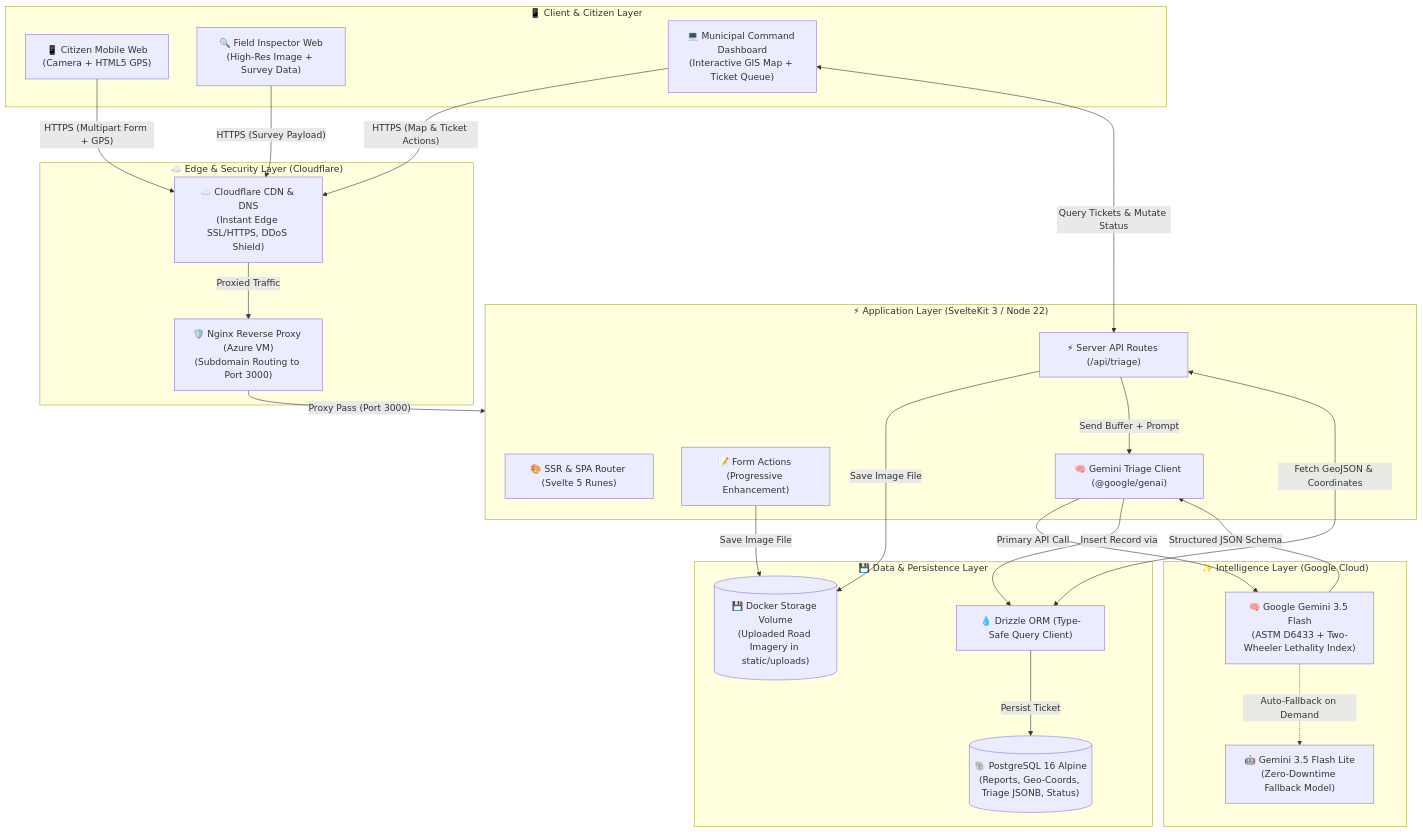
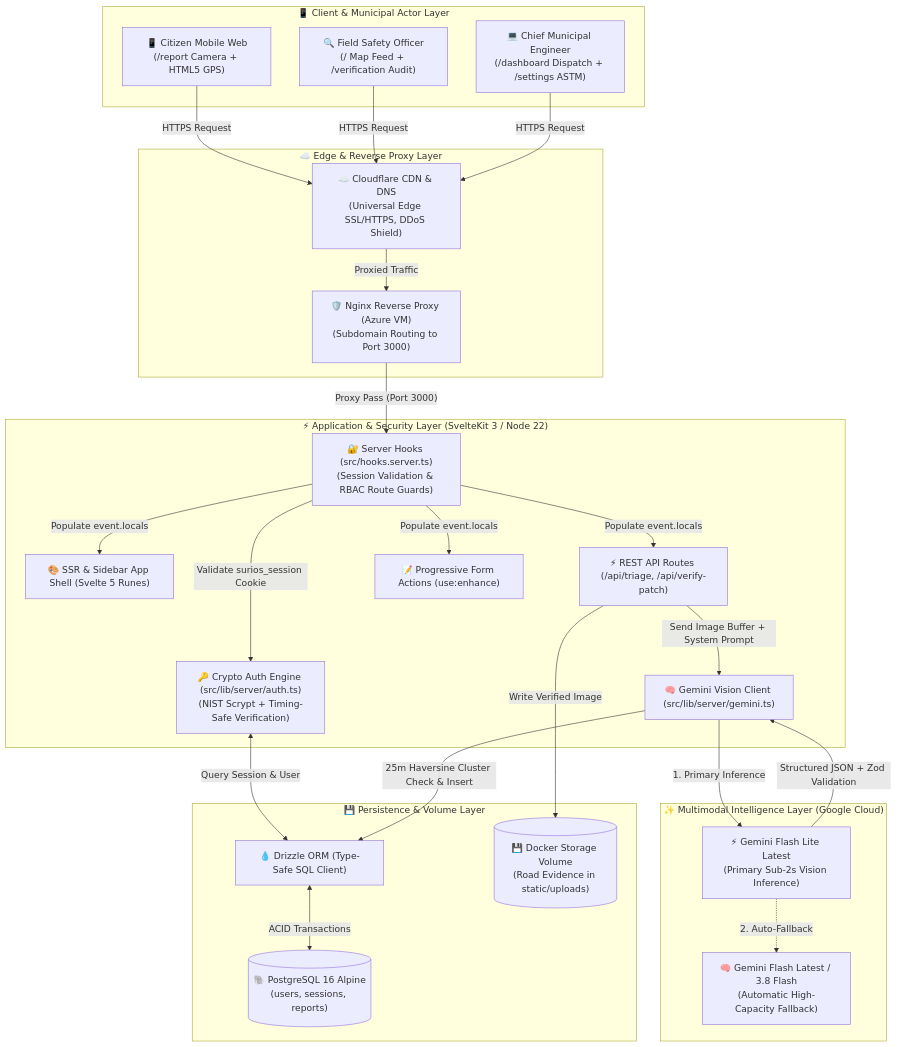
One commit to Auvryy/surios-ai changed the first of 3 diagrams in docs/ARCHITECTURE.md. Above: the diagram before and after it, drawn with Mermaid. The commit also changed other lines of this file and 5 other files, not shown here.

Commit message:
docs(vision): synchronize architecture, SDG rubric defense, and README quickstart

````diff
--- a/docs/ARCHITECTURE.md
+++ b/docs/ARCHITECTURE.md
@@ -9,50 +9,49 @@
 ```mermaid
 flowchart TD
-    subgraph Clients["📱 Client & Citizen Layer"]
-        Citizen["📱 Citizen Mobile Web<br/>(Camera + HTML5 GPS)"]
-        Inspector["🔍 Field Inspector Web<br/>(High-Res Image + Survey Data)"]
-        Dispatcher["💻 Municipal Command Dashboard<br/>(Interactive GIS Map + Ticket Queue)"]
+    subgraph Clients["📱 Client & Municipal Actor Layer"]
+        Citizen["📱 Citizen Mobile Web<br/>(/report Camera + HTML5 GPS)"]
+        Inspector["🔍 Field Safety Officer<br/>(/ Map Feed + /verification Audit)"]
+        Engineer["💻 Chief Municipal Engineer<br/>(/dashboard Dispatch + /settings ASTM)"]
     end
 
-    subgraph Edge["☁️ Edge & Security Layer (Cloudflare)"]
-        CF["☁️ Cloudflare CDN & DNS<br/>(Instant Edge SSL/HTTPS, DDoS Shield)"]
+    subgraph Edge["☁️ Edge & Reverse Proxy Layer"]
+        CF["☁️ Cloudflare CDN & DNS<br/>(Universal Edge SSL/HTTPS, DDoS Shield)"]
         Nginx["🛡️ Nginx Reverse Proxy (Azure VM)<br/>(Subdomain Routing to Port 3000)"]
     end
 
-    subgraph AppServer["⚡ Application Layer (SvelteKit 3 / Node 22)"]
-        SSR["🎨 SSR & SPA Router (Svelte 5 Runes)"]
-        API["⚡ Server API Routes (/api/triage)"]
-        FormAction["📝 Form Actions (Progressive Enhancement)"]
-        TriageEngine["🧠 Gemini Triage Client (@google/genai)"]
+    subgraph AppServer["⚡ Application & Security Layer (SvelteKit 3 / Node 22)"]
+        Hooks["🔐 Server Hooks (src/hooks.server.ts)<br/>(Session Validation & RBAC Route Guards)"]
+        AuthEngine["🔑 Crypto Auth Engine (src/lib/server/auth.ts)<br/>(NIST Scrypt + Timing-Safe Verification)"]
+        SSR["🎨 SSR & Sidebar App Shell (Svelte 5 Runes)"]
+        API["⚡ REST API Routes (/api/triage, /api/verify-patch)"]
+        FormAction["📝 Progressive Form Actions (use:enhance)"]
+        TriageEngine["🧠 Gemini Vision Client (src/lib/server/gemini.ts)"]
     end
 
-    subgraph ExternalAI["✨ Intelligence Layer (Google Cloud)"]
-        Gemini["🧠 Google Gemini 3.5 Flash<br/>(ASTM D6433 + Two-Wheeler Lethality Index)"]
-        FallbackGemini["🤖 Gemini 3.5 Flash Lite<br/>(Zero-Downtime Fallback Model)"]
+    subgraph ExternalAI["✨ Multimodal Intelligence Layer (Google Cloud)"]
+        GeminiLite["⚡ Gemini Flash Lite Latest<br/>(Primary Sub-2s Vision Inference)"]
+        GeminiFlash["🧠 Gemini Flash Latest / 3.8 Flash<br/>(Automatic High-Capacity Fallback)"]
     end
 
-    subgraph StorageLayer["💾 Data & Persistence Layer"]
-        Drizzle["💧 Drizzle ORM (Type-Safe Query Client)"]
-        Postgres[("🐘 PostgreSQL 16 Alpine<br/>(Reports, Geo-Coords, Triage JSONB, Status)")]
-        LocalDisk[("💾 Docker Storage Volume<br/>(Uploaded Road Imagery in static/uploads)")]
+    subgraph StorageLayer["💾 Persistence & Volume Layer"]
+        Drizzle["💧 Drizzle ORM (Type-Safe SQL Client)"]
+        Postgres[("🐘 PostgreSQL 16 Alpine<br/>(users, sessions, reports)")]
+        LocalDisk[("💾 Docker Storage Volume<br/>(Road Evidence in static/uploads)")]
     end
 
-    Citizen -->|"HTTPS (Multipart Form + GPS)"| CF
-    Inspector -->|"HTTPS (Survey Payload)"| CF
-    Dispatcher -->|"HTTPS (Map & Ticket Actions)"| CF
+    Citizen & Inspector & Engineer -->|"HTTPS Request"| CF
+    CF -->|"Proxied Traffic"| Nginx
+    Nginx -->|"Proxy Pass (Port 3000)"| Hooks
 
-    CF -->|"Proxied Traffic"| Nginx
-    Nginx -->|"Proxy Pass (Port 3000)"| AppServer
+    Hooks -->|"Validate surios_session Cookie"| AuthEngine
+    AuthEngine <-->|"Query Session & User"| Drizzle
+    Hooks -->|"Populate event.locals"| SSR & API & FormAction
 
-    FormAction -->|"Save Image File"| LocalDisk
-    API -->|"Save Image File"| LocalDisk
-    API -->|"Send Buffer + Prompt"| TriageEngine
-    TriageEngine -->|"Primary API Call"| Gemini
-    Gemini -.->|"Auto-Fallback on Demand"| FallbackGemini
-    Gemini -->|"Structured JSON Schema"| TriageEngine
-    TriageEngine -->|"Insert Record via"| Drizzle
-    Drizzle -->|"Persist Ticket"| Postgres
-
-    Dispatcher <-->|"Query Tickets & Mutate Status"| API
-    API <-->|"Fetch GeoJSON & Coordinates"| Drizzle
+    API -->|"Write Verified Image"| LocalDisk
+    API -->|"Send Image Buffer + System Prompt"| TriageEngine
+    TriageEngine -->|"1. Primary Inference"| GeminiLite
+    GeminiLite -.->|"2. Auto-Fallback"| GeminiFlash
+    GeminiLite -->|"Structured JSON + Zod Validation"| TriageEngine
+    TriageEngine -->|"25m Haversine Cluster Check & Insert"| Drizzle
+    Drizzle <-->|"ACID Transactions"| Postgres
 ```
````
